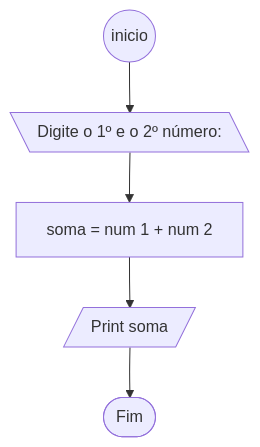
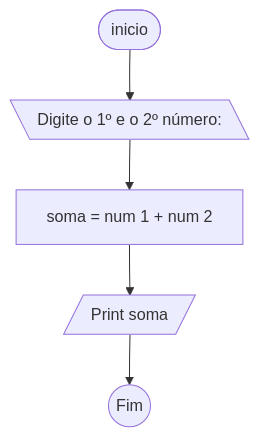
Before and after one commit to nickddb/senai---atividades: the diagram in CAINA/fluxograma/ativid3.md, drawn with Mermaid. The commit also changed 8 other files, not shown here.

````diff
--- a/CAINA/fluxograma/ativid3.md
+++ b/CAINA/fluxograma/ativid3.md
@@ -1,7 +1,7 @@
 ```mermaid
     flowchart TD
-        start((inicio)) --> input[\ Digite o 1º e o 2º número: \]
+        start([inicio]) --> input[\ Digite o 1º e o 2º número: \]
         input --> verification[soma = num 1 + num 2]
         verification --> Fim[/Print soma/]
-        Fim --> finish([ Fim ])
+        Fim --> finish(( Fim ))
 ```
````
